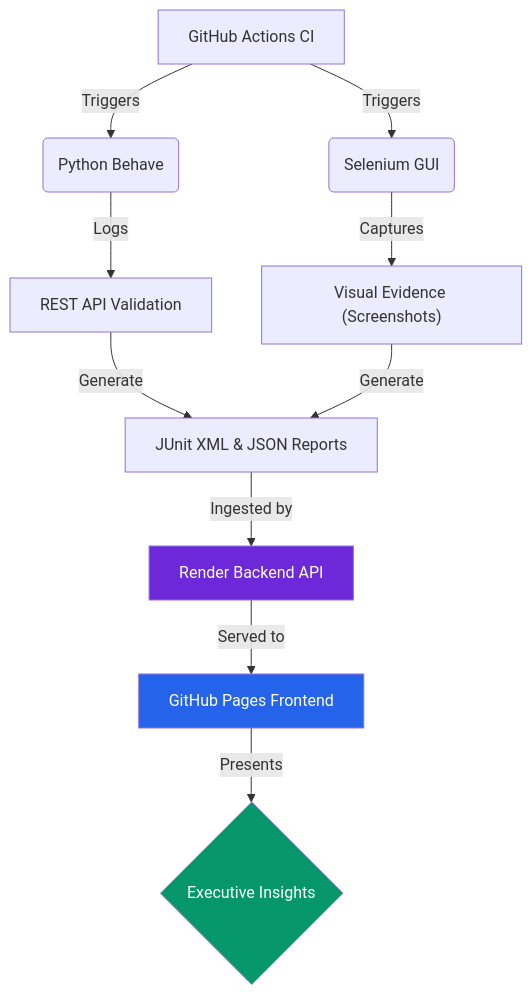
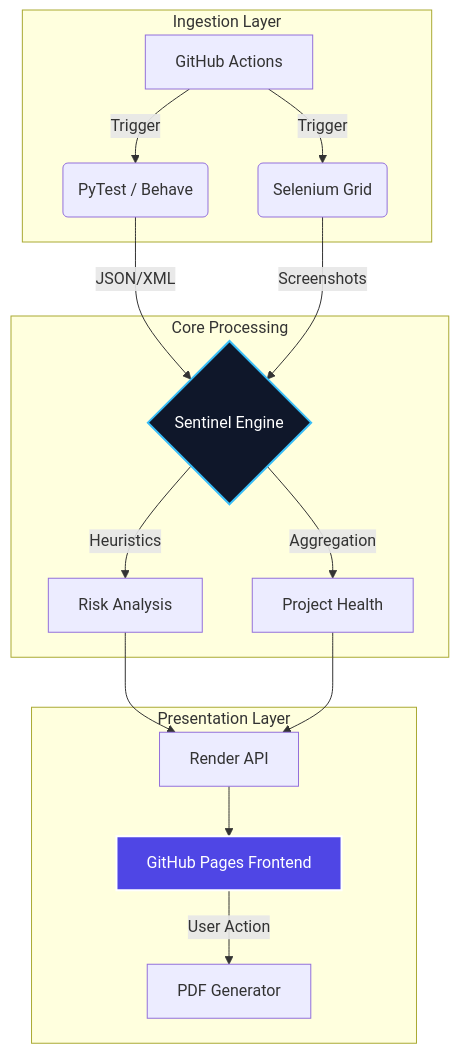
The diagram in README.md (carlos-camara/dashboard), drawn with Mermaid before and after one commit. The commit also changed other lines of this file and 11 other files, not shown here.

````diff
--- a/README.md
+++ b/README.md
@@ -87,15 +75,23 @@
 ```mermaid
 graph TD
-    A["GitHub Actions CI"] -->|Triggers| B("Python Behave")
-    A -->|Triggers| C("Selenium GUI")
-    B -->|Logs| D["REST API Validation"]
-    C -->|Captures| E["Visual Evidence (Screenshots)"]
-    D & E -->|Generate| F["JUnit XML & JSON Reports"]
-    F -->|Ingested by| G["Render Backend API"]
-    G -->|Served to| H["GitHub Pages Frontend"]
-    H -->|Presents| I{"Executive Insights"}
+    subgraph "Ingestion Layer"
+        A[GitHub Actions] -->|Trigger| B(PyTest / Behave)
+        A -->|Trigger| C(Selenium Grid)
+    end
+
+    subgraph "Core Processing"
+        B -->|JSON/XML| D{Sentinel Engine}
+        C -->|Screenshots| D
+        D -->|Heuristics| E[Risk Analysis]
+        D -->|Aggregation| F[Project Health]
+    end
+
+    subgraph "Presentation Layer"
+        E & F --> G[Render API]
+        G --> H[GitHub Pages Frontend]
+        H -->|User Action| I[PDF Generator]
+    end
     
-    style G fill:#6d28d9,color:#fff
-    style H fill:#2563eb,color:#fff
-    style I fill:#059669,color:#fff
+    style H fill:#4f46e5,stroke:#fff,stroke-width:2px,color:#fff
+    style D fill:#0f172a,stroke:#38bdf8,stroke-width:2px,color:#fff
 ```
````
